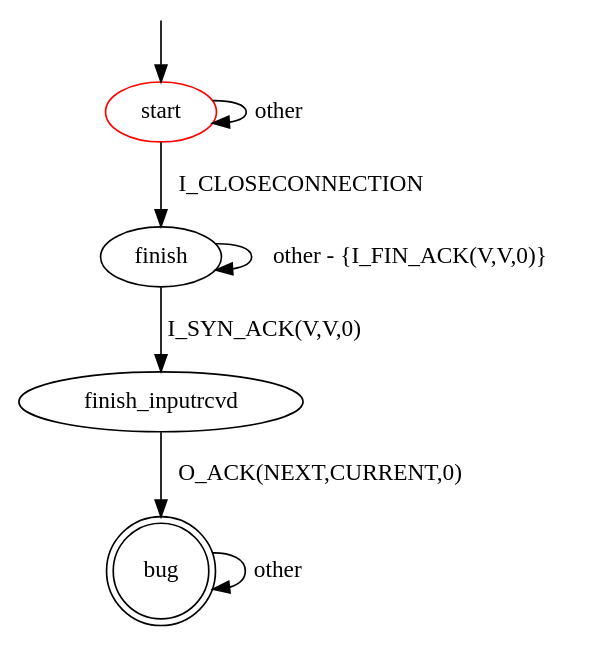
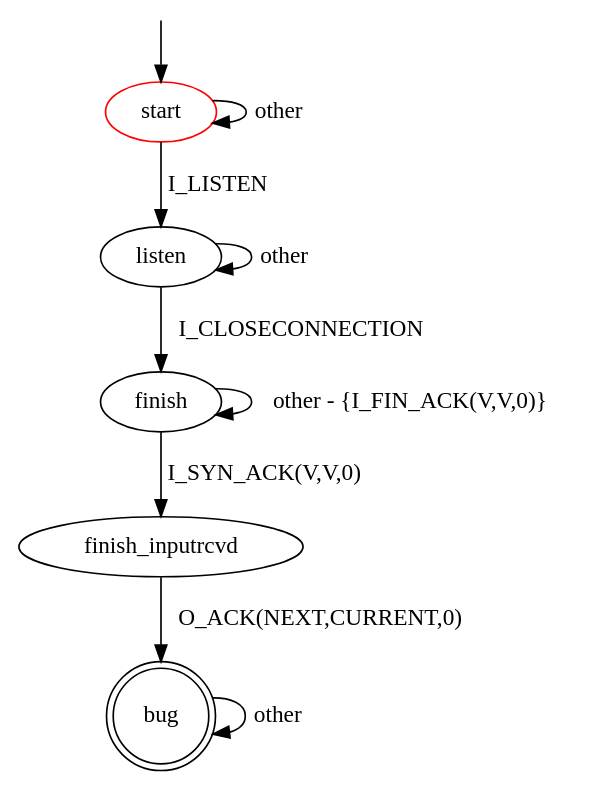
The diagram in src/main/resources/patterns/tcp/server/invalid_response_to_synack_fin_wait.dot (assist-project/state-machine-bug-finder), drawn with Graphviz before and after one commit. The commit also changed 3 other files, not shown here.

```diff
--- a/src/main/resources/patterns/tcp/server/invalid_response_to_synack_fin_wait.dot
+++ b/src/main/resources/patterns/tcp/server/invalid_response_to_synack_fin_wait.dot
@@ -1,16 +1,18 @@
 digraph G {
 label=""
 start [color="red"]
 bug [shape="doublecircle"]
 
-start -> finish [label="I_CLOSECONNECTION"]
 start -> start [label="other"]
+start -> listen [label="I_LISTEN"]
+listen -> listen [label="other"]
+listen -> finish [label="I_CLOSECONNECTION"]
 finish -> finish [label="other - {I_FIN_ACK(V,V,0)}"]
 finish -> finish_inputrcvd [label="I_SYN_ACK(V,V,0)"]
 finish_inputrcvd -> bug [label="O_ACK(NEXT,CURRENT,0)"]
 
 bug -> bug [label="other"]
 
 __start0 [label="" shape="none" width="0" height="0"];
 __start0 -> start;
 }
```
